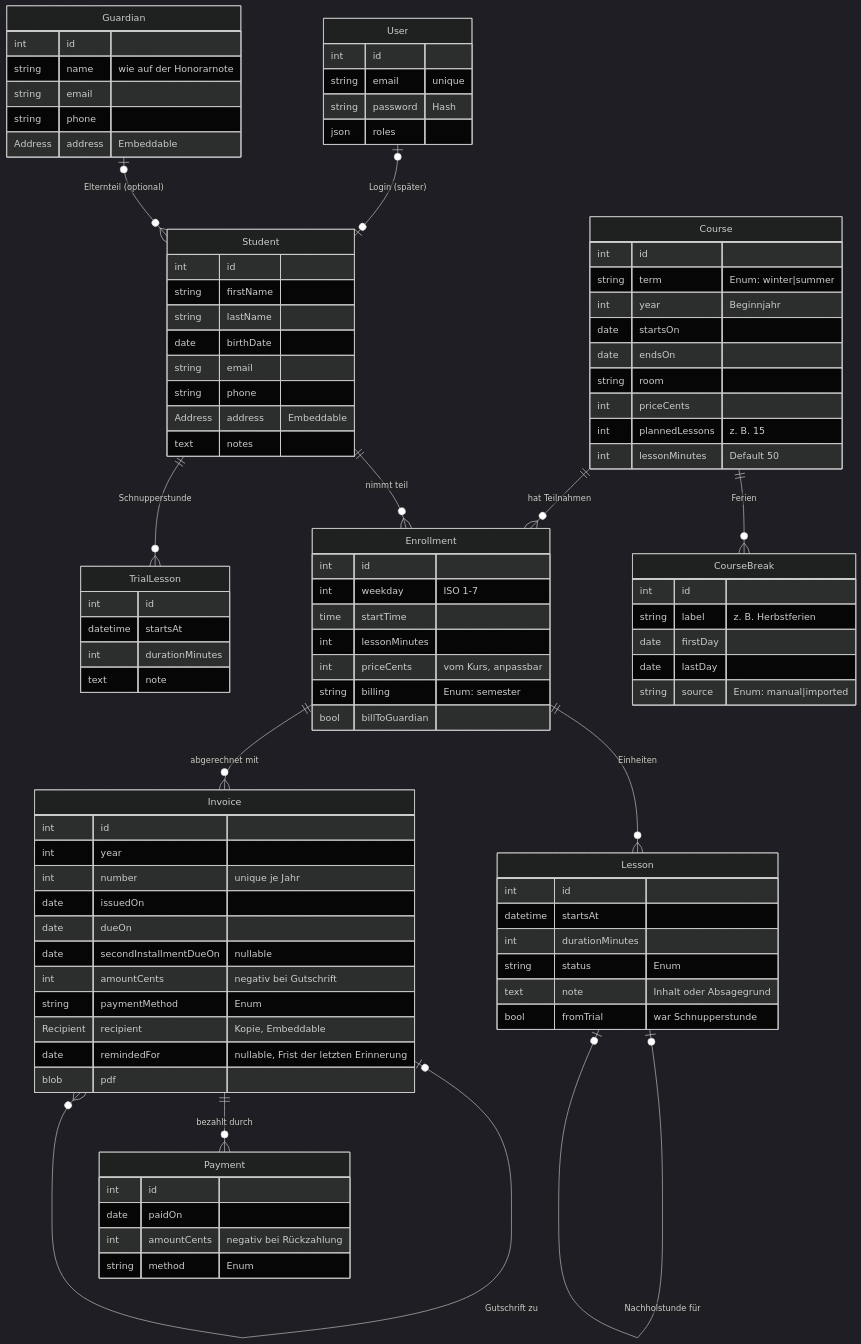
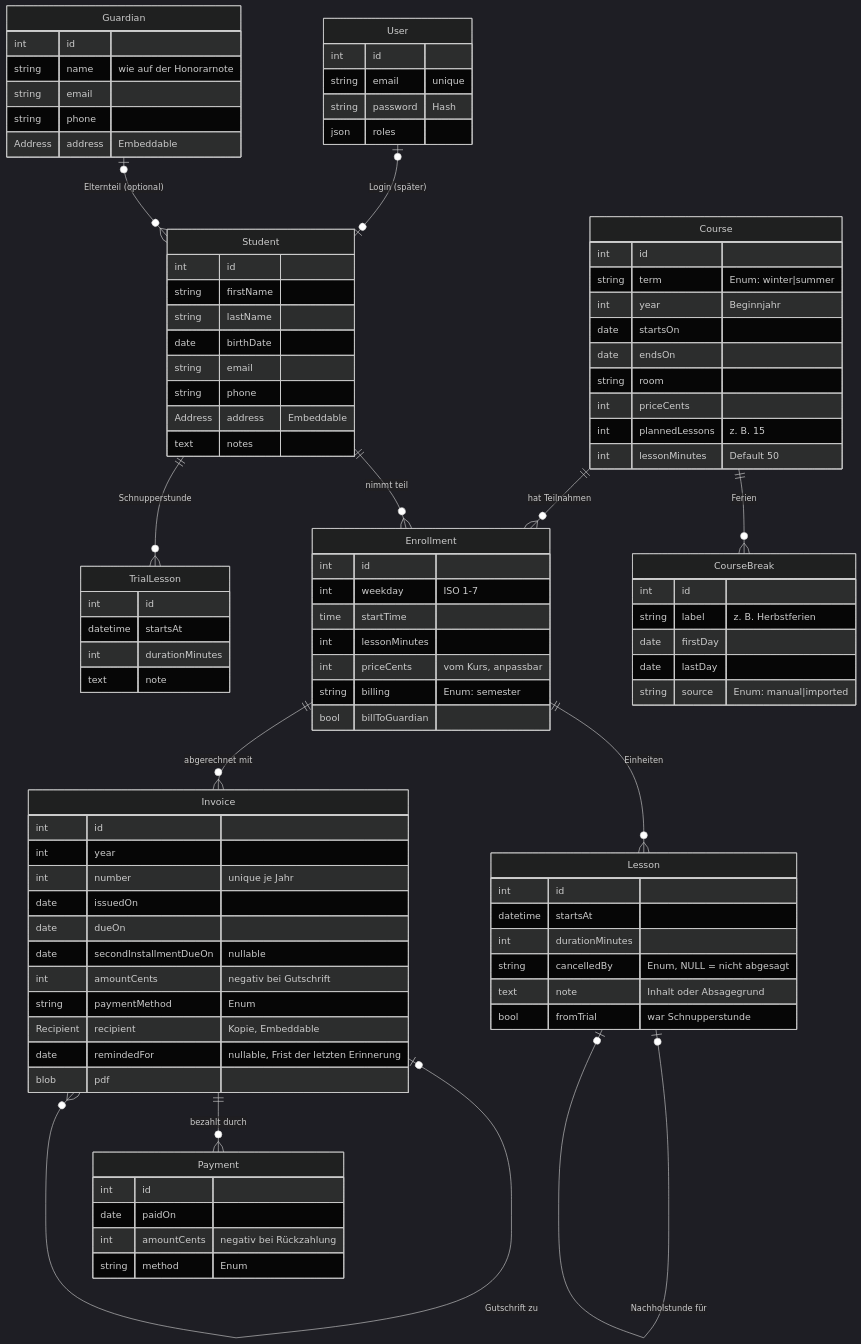
Before and after one commit to MikeCzak/sonjaczak: the diagram in docs/planung/datenmodell.md, drawn with Mermaid (dark theme). The commit also changed other lines of this file and 28 other files, not shown here.

```diff
--- a/docs/planung/datenmodell.md
+++ b/docs/planung/datenmodell.md
@@ -85,7 +85,7 @@
         int id
         datetime startsAt
         int durationMinutes
-        string status "Enum"
+        string cancelledBy "Enum, NULL = nicht abgesagt"
         text note "Inhalt oder Absagegrund"
         bool fromTrial "war Schnupperstunde"
     }
```
